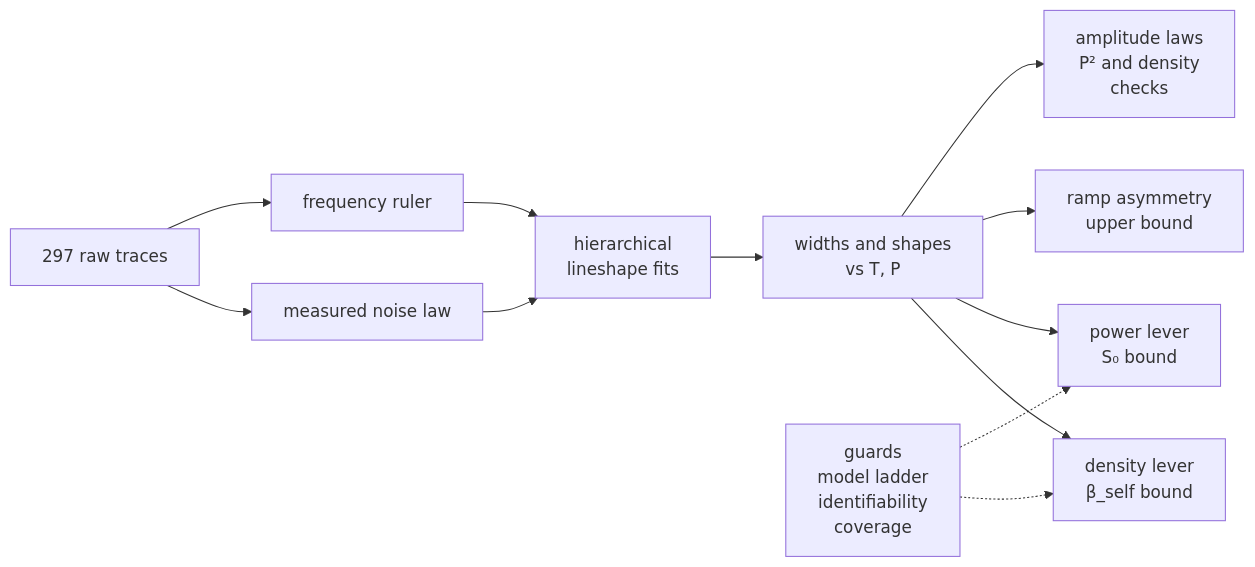
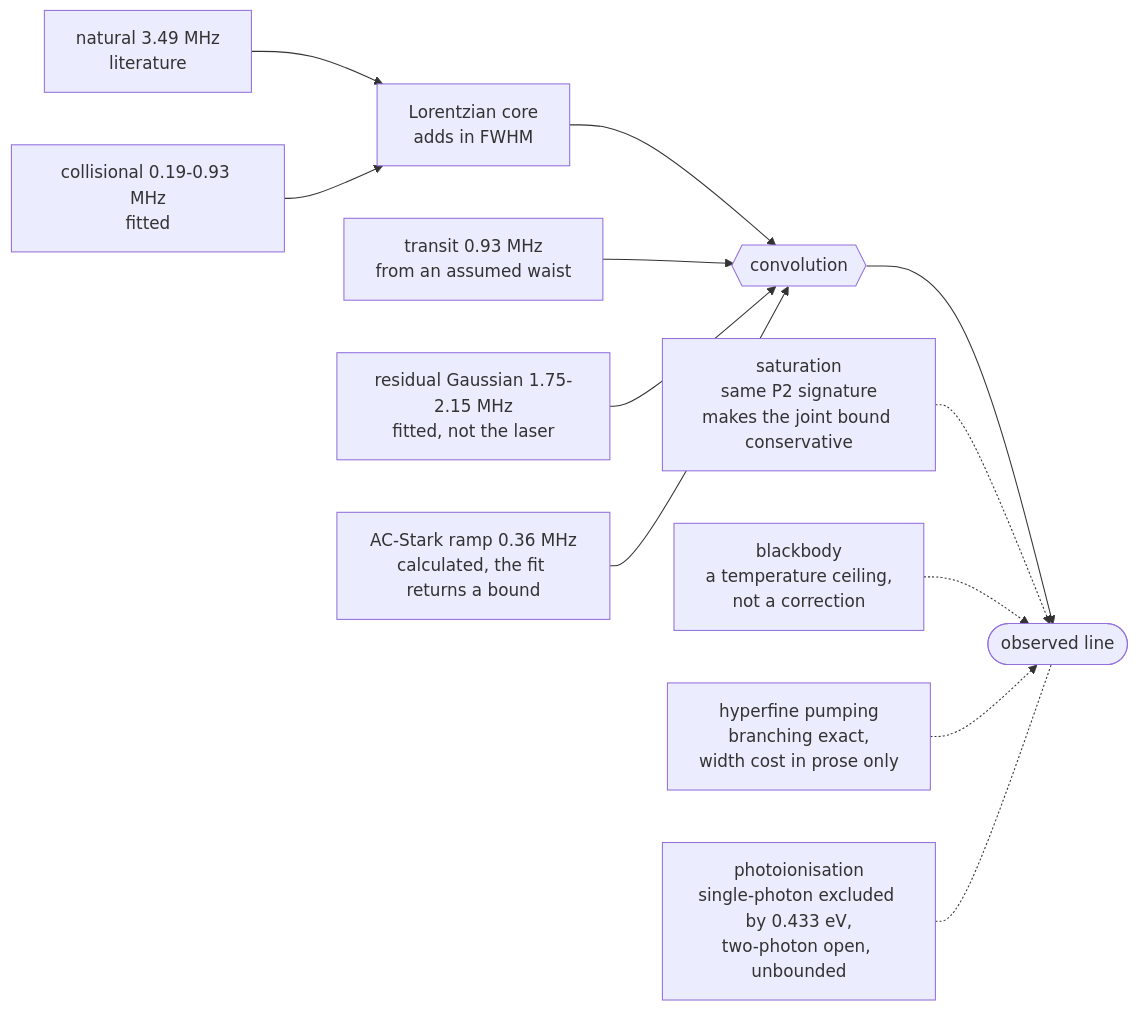
One commit to MichelangeloDondi/Rb-5S-6S-analysis changed the diagram in README.md. Above: the diagram before and after it, drawn with Mermaid. The commit also changed other lines of this file and 151 other files, not shown here.

````diff
--- a/README.md
+++ b/README.md
@@ -246,14 +70,14 @@
 ```mermaid
 flowchart LR
-    T["297 raw traces"] --> N["measured noise law"]
-    T --> K["frequency ruler"]
-    N --> F["hierarchical<br/>lineshape fits"]
-    K --> F
-    F --> W["widths and shapes<br/>vs T, P"]
-    W --> D["density lever<br/>β_self bound"]
-    W --> P["power lever<br/>S₀ bound"]
-    W --> S["ramp asymmetry<br/>upper bound"]
-    W --> A["amplitude laws<br/>P² and density<br/>checks"]
-    G["guards<br/>model ladder<br/>identifiability<br/>coverage"] -.-> D
-    G -.-> P
+    NAT["natural 3.49 MHz<br/>literature"] --> CORE
+    COL["collisional 0.19-0.93 MHz<br/>fitted"] --> CORE
+    CORE["Lorentzian core<br/>adds in FWHM"] --> CONV
+    TRA["transit 0.93 MHz<br/>from an assumed waist"] --> CONV
+    LAS["residual Gaussian 1.75-2.15 MHz<br/>fitted, not the laser"] --> CONV
+    RAM["AC-Stark ramp 0.36 MHz<br/>calculated, the fit returns a bound"] --> CONV
+    CONV{{"convolution"}} --> OBS(["observed line"])
+    SAT["saturation<br/>same P2 signature<br/>makes the joint bound conservative"] -.-> OBS
+    BBR["blackbody<br/>a temperature ceiling,<br/>not a correction"] -.-> OBS
+    HFP["hyperfine pumping<br/>branching exact,<br/>width cost in prose only"] -.-> OBS
+    PHI["photoionisation<br/>single-photon excluded by 0.433 eV,<br/>two-photon open, unbounded"] -.- OBS
 ```
````
